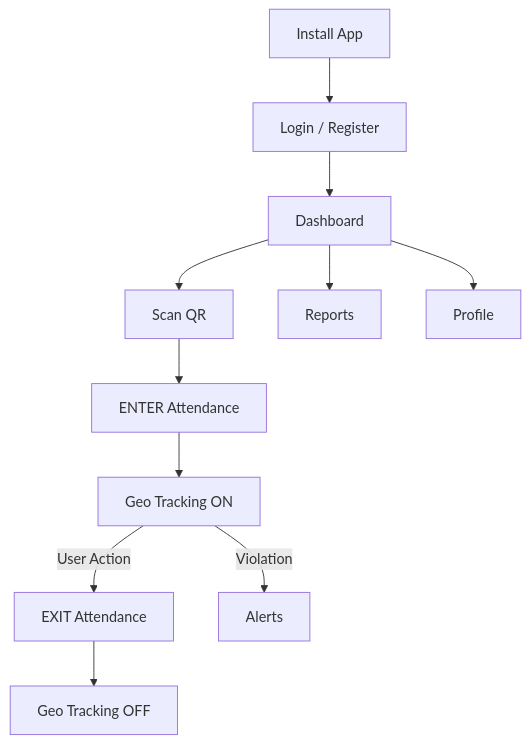
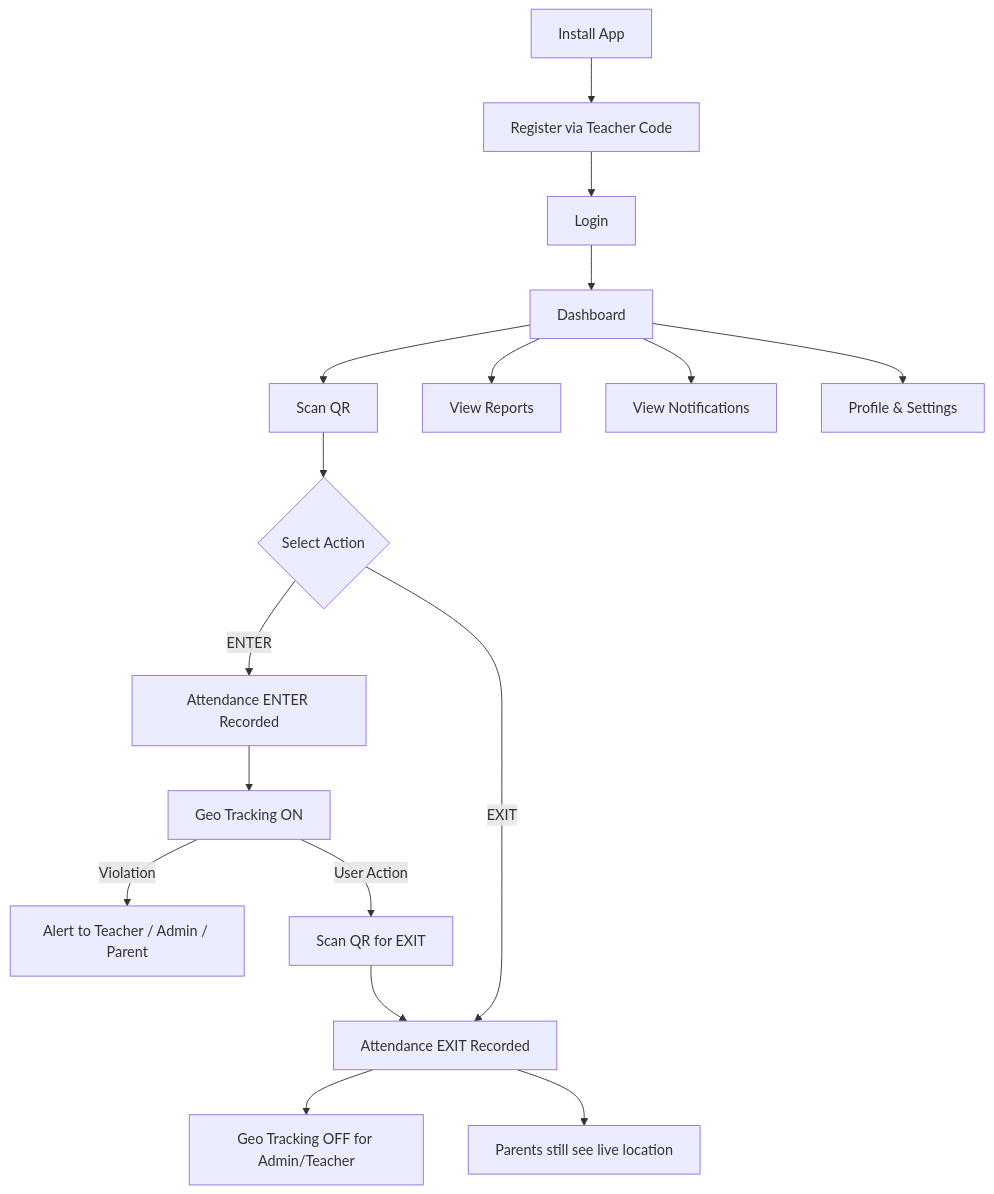
Before and after one commit to jitenderdeveloper/concept: the second of 5 diagrams in README.md, drawn with Mermaid. The commit also changed other lines of this file and 1 other file, not shown here.

````diff
--- a/README.md
+++ b/README.md
@@ -115,13 +381,19 @@
 ```mermaid
 flowchart TD
-A[Install App] --> B[Login / Register]
-B --> C[Dashboard]
-C --> D[Scan QR]
-D --> E[ENTER Attendance]
-E --> F[Geo Tracking ON]
-F -->|User Action| H[EXIT Attendance]
-F -->|Violation| G[Alerts]
-H --> I[Geo Tracking OFF]
-C --> J[Reports]
-C --> K[Profile]
+    A[Install App] --> B[Register via Teacher Code]
+    B --> C[Login]
+    C --> D[Dashboard]
+    D --> E[Scan QR]
+    E --> F{Select Action}
+    F -->|ENTER| G[Attendance ENTER Recorded]
+    F -->|EXIT| N[Attendance EXIT Recorded]
+    G --> H[Geo Tracking ON]
+    H -->|Violation| I[Alert to Teacher / Admin / Parent]
+    H -->|User Action| J[Scan QR for EXIT]
+    J --> N
+    N --> O[Geo Tracking OFF for Admin/Teacher]
+    N --> P[Parents still see live location]
+    D --> Q[View Reports]
+    D --> R[View Notifications]
+    D --> S[Profile & Settings]
 ```
````
